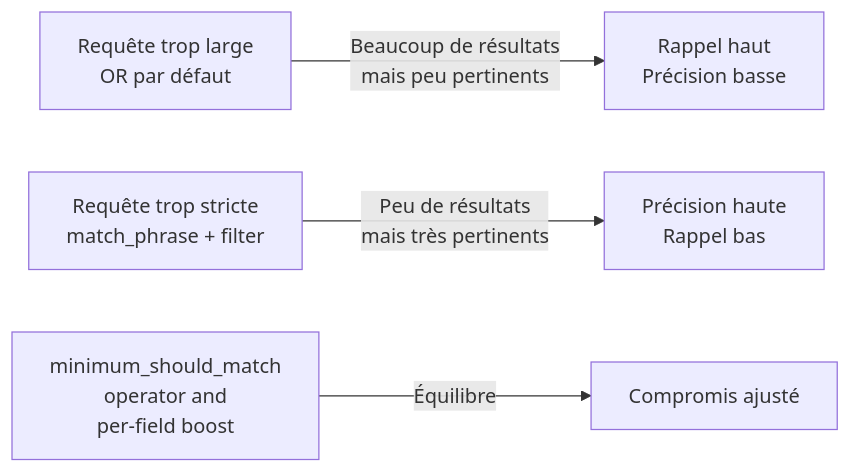
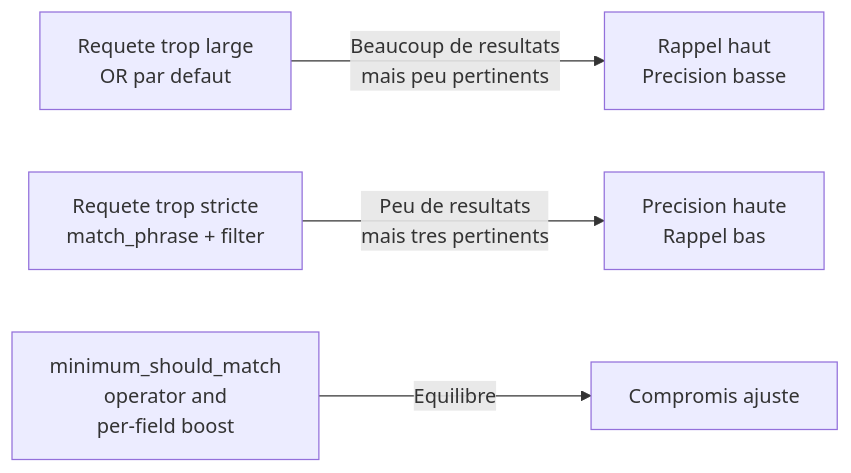
One commit to haythem-rehouma/Elastic-Search-0 changed the diagram in docs2-cours1/15-requetes-elasticsearch-intermediaire.md. Above: the diagram before and after it, drawn with Mermaid. The commit also changed other lines of this file and 49 other files, not shown here.

````diff
--- a/docs2-cours1/15-requetes-elasticsearch-intermediaire.md
+++ b/docs2-cours1/15-requetes-elasticsearch-intermediaire.md
@@ -87,6 +87,6 @@
 ```mermaid
 flowchart LR
-    A[Requête trop large<br/>OR par défaut] -->|"Beaucoup de résultats<br/>mais peu pertinents"| R[Rappel haut<br/>Précision basse]
-    B[Requête trop stricte<br/>match_phrase + filter] -->|"Peu de résultats<br/>mais très pertinents"| P[Précision haute<br/>Rappel bas]
-    C[minimum_should_match<br/>operator and<br/>per-field boost] -->|"Équilibre"| E[Compromis ajusté]
+    A["Requete trop large<br/>OR par defaut"] -->|"Beaucoup de resultats<br/>mais peu pertinents"| R["Rappel haut<br/>Precision basse"]
+    B["Requete trop stricte<br/>match_phrase + filter"] -->|"Peu de resultats<br/>mais tres pertinents"| P["Precision haute<br/>Rappel bas"]
+    C["minimum_should_match<br/>operator and<br/>per-field boost"] -->|"Equilibre"| E["Compromis ajuste"]
 ```
````
